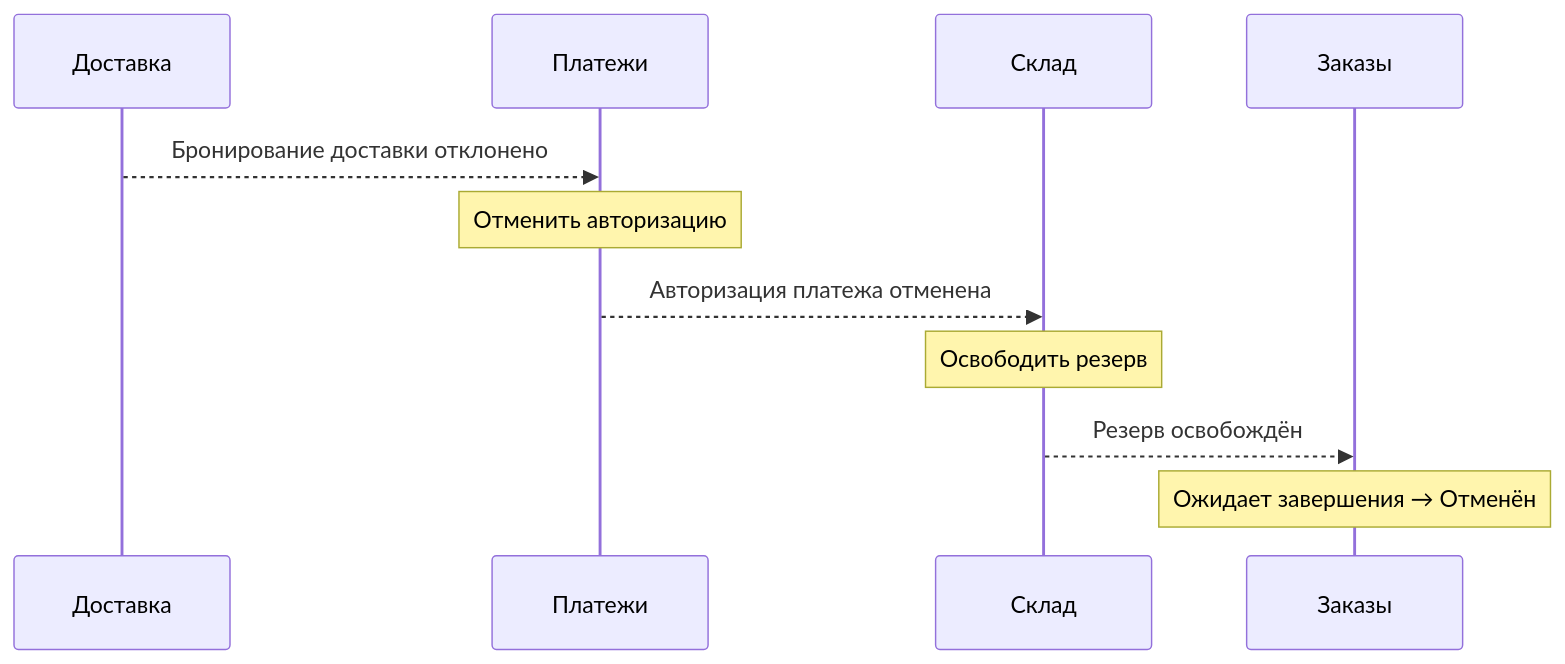
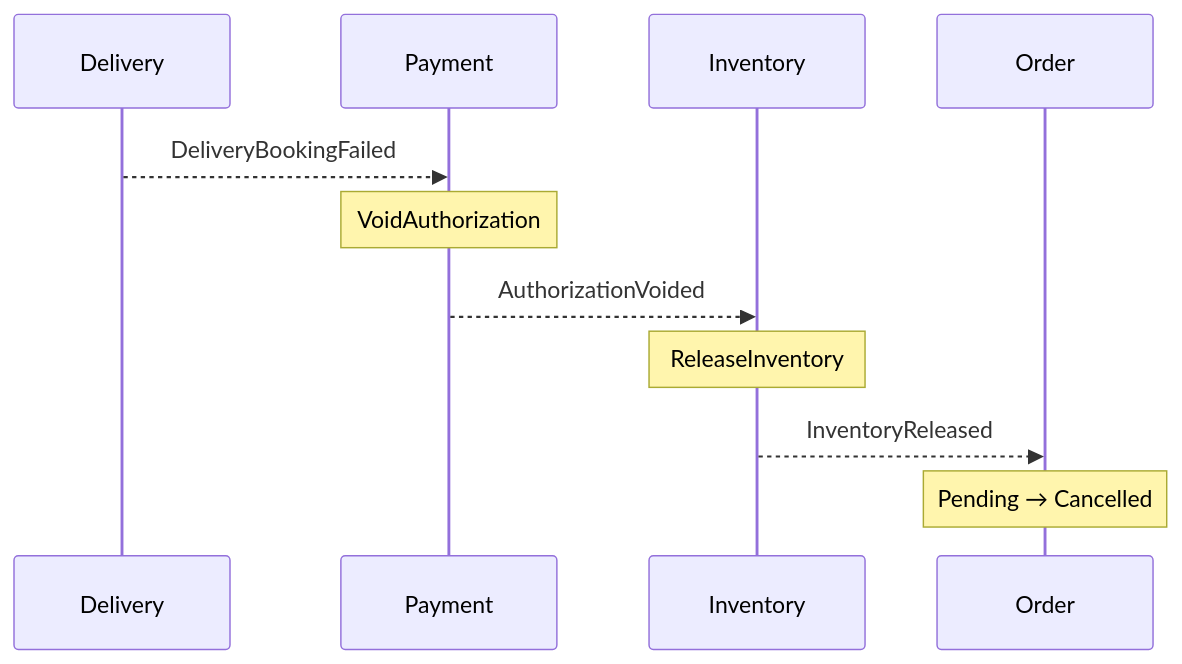
One commit to UsingCoding/rp-slides changed the third of 5 diagrams in lectures/01-saga-intro/sections/04-choreography.md. Above: the diagram before and after it, drawn with Mermaid. The commit also changed other lines of this file and 16 other files, not shown here.

````diff
--- a/lectures/01-saga-intro/sections/04-choreography.md
+++ b/lectures/01-saga-intro/sections/04-choreography.md
@@ -76,13 +69,13 @@
 ```mermaid
 sequenceDiagram
-    participant D as Доставка
-    participant P as Платежи
-    participant I as Склад
-    participant O as Заказы
-    D-->>P: Бронирование доставки отклонено
-    Note over P: Отменить авторизацию
-    P-->>I: Авторизация платежа отменена
-    Note over I: Освободить резерв
-    I-->>O: Резерв освобождён
-    Note over O: Ожидает завершения → Отменён
+    participant D as Delivery
+    participant P as Payment
+    participant I as Inventory
+    participant O as Order
+    D-->>P: DeliveryBookingFailed
+    Note over P: VoidAuthorization
+    P-->>I: AuthorizationVoided
+    Note over I: ReleaseInventory
+    I-->>O: InventoryReleased
+    Note over O: Pending → Cancelled
 ```
````
